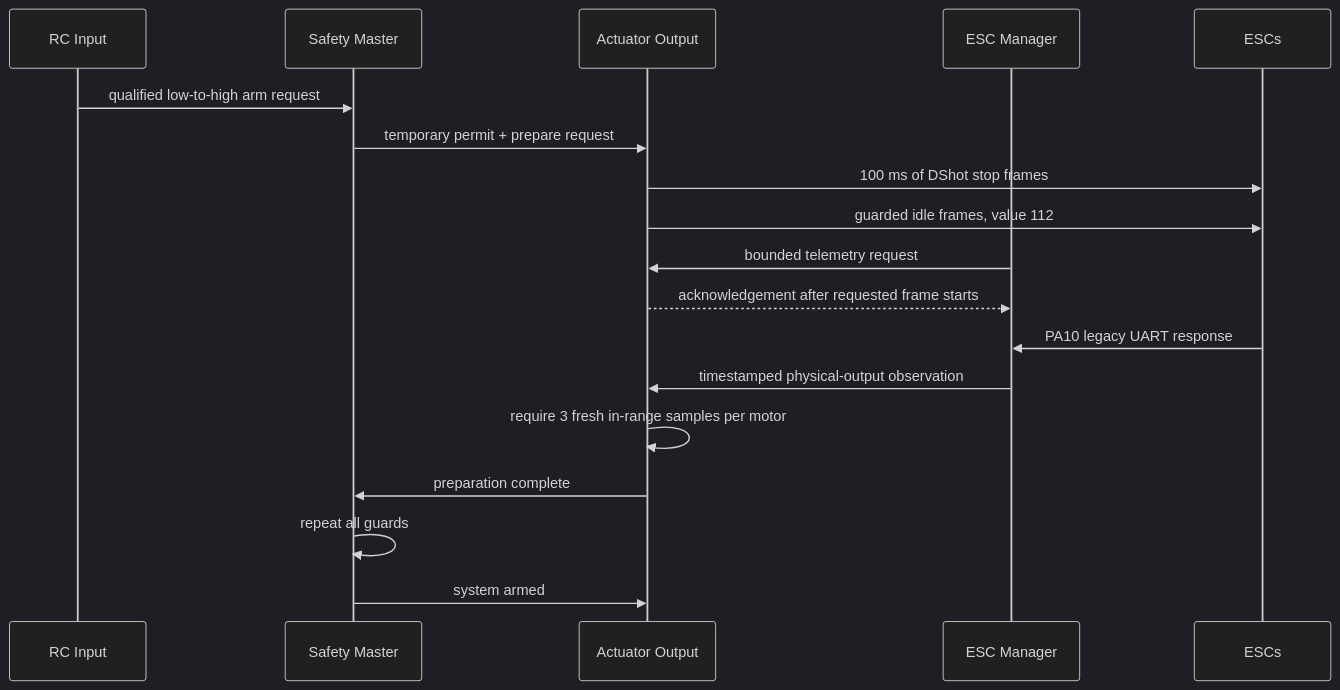
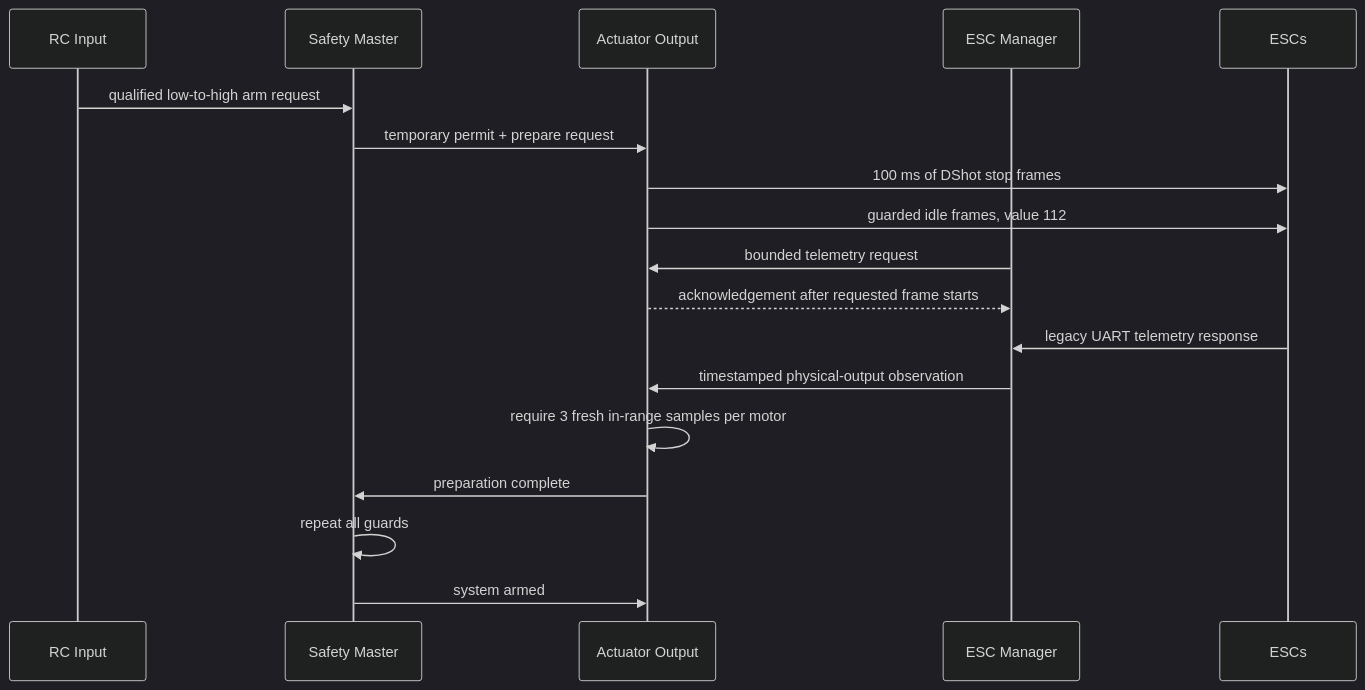
Before and after one commit to Eirik2020/ferro-wasp: the diagram in mdbook/src/arming.md, drawn with Mermaid (dark theme). The commit also changed other lines of this file and 172 other files, not shown here.

````diff
--- a/mdbook/src/arming.md
+++ b/mdbook/src/arming.md
@@ -119,21 +102,21 @@
 ```mermaid
 sequenceDiagram
     participant RC as RC Input
     participant SM as Safety Master
     participant AO as Actuator Output
     participant EM as ESC Manager
     participant ESC as ESCs
 
     RC->>SM: qualified low-to-high arm request
     SM->>AO: temporary permit + prepare request
     AO->>ESC: 100 ms of DShot stop frames
     AO->>ESC: guarded idle frames, value 112
     EM->>AO: bounded telemetry request
     AO-->>EM: acknowledgement after requested frame starts
-    ESC->>EM: PA10 legacy UART response
+    ESC->>EM: legacy UART telemetry response
     EM->>AO: timestamped physical-output observation
     AO->>AO: require 3 fresh in-range samples per motor
     AO->>SM: preparation complete
     SM->>SM: repeat all guards
     SM->>AO: system armed
 ```
````
